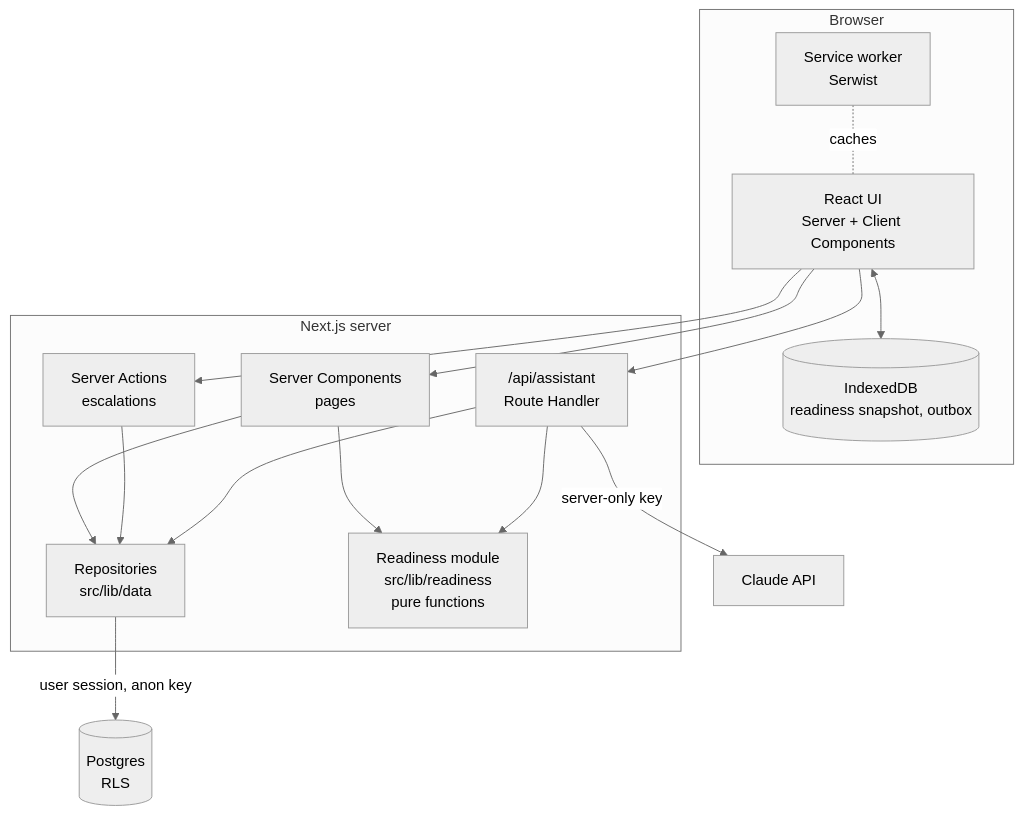
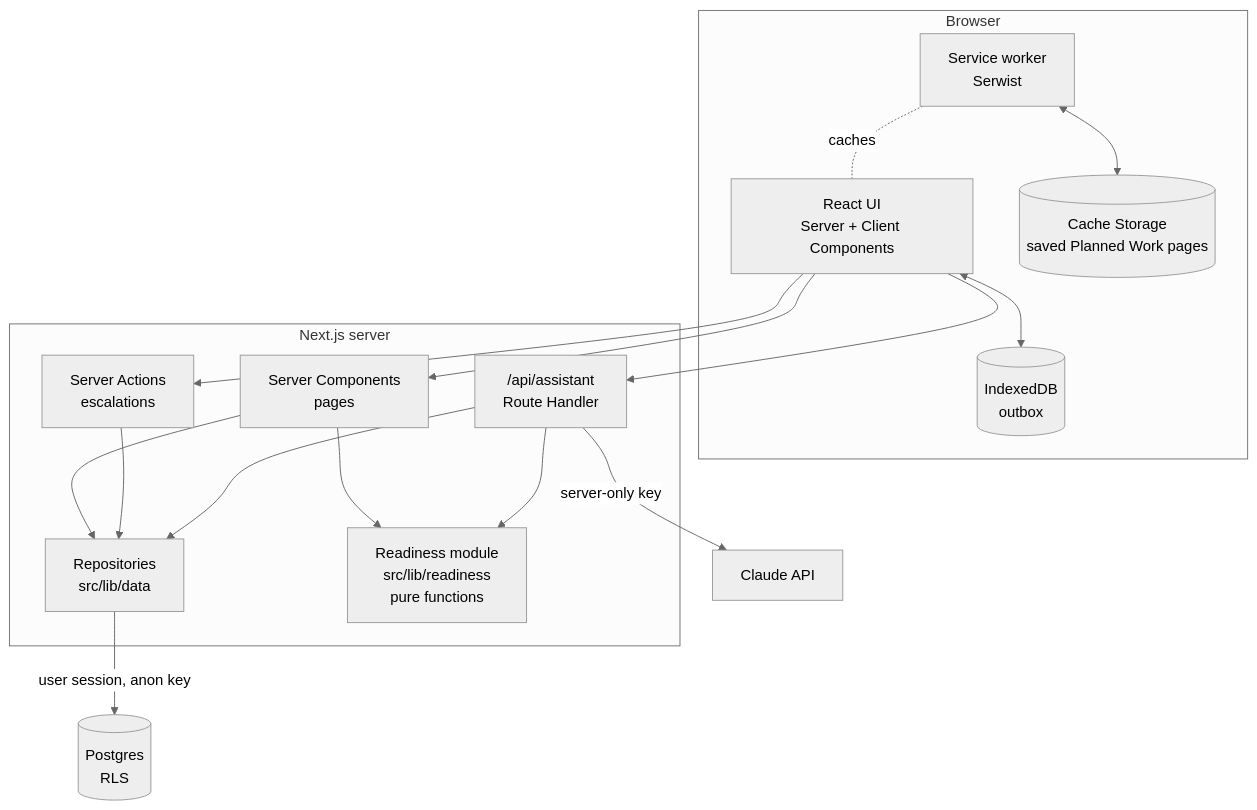
One commit to coolloic/passive-fire changed the second of 3 diagrams in docs/technical-design.md. Above: the diagram before and after it, drawn with Mermaid (neutral theme). The commit also changed other lines of this file and 1 other file, not shown here.

````diff
--- a/docs/technical-design.md
+++ b/docs/technical-design.md
@@ -30,25 +30,27 @@
 ```mermaid
 flowchart TB
   subgraph Browser
     UI[React UI<br/>Server + Client Components]
     SW[Service worker<br/>Serwist]
-    IDB[(IndexedDB<br/>readiness snapshot, outbox)]
+    CACHE[(Cache Storage<br/>saved Planned Work pages)]
+    IDB[(IndexedDB<br/>outbox)]
   end
   subgraph Next.js server
     PAGES[Server Components<br/>pages]
     ACTIONS[Server Actions<br/>escalations]
     API["/api/assistant<br/>Route Handler"]
     REPO[Repositories<br/>src/lib/data]
     READY[Readiness module<br/>src/lib/readiness<br/>pure functions]
   end
   PG[(Postgres<br/>RLS)]
   CLAUDE[Claude API]
 
   UI --> PAGES & ACTIONS & API
   UI <--> IDB
+  SW <--> CACHE
   SW -.caches.- UI
   PAGES & ACTIONS & API --> REPO
   PAGES & API --> READY
   REPO -->|user session, anon key| PG
   API -->|server-only key| CLAUDE
 ```
````
